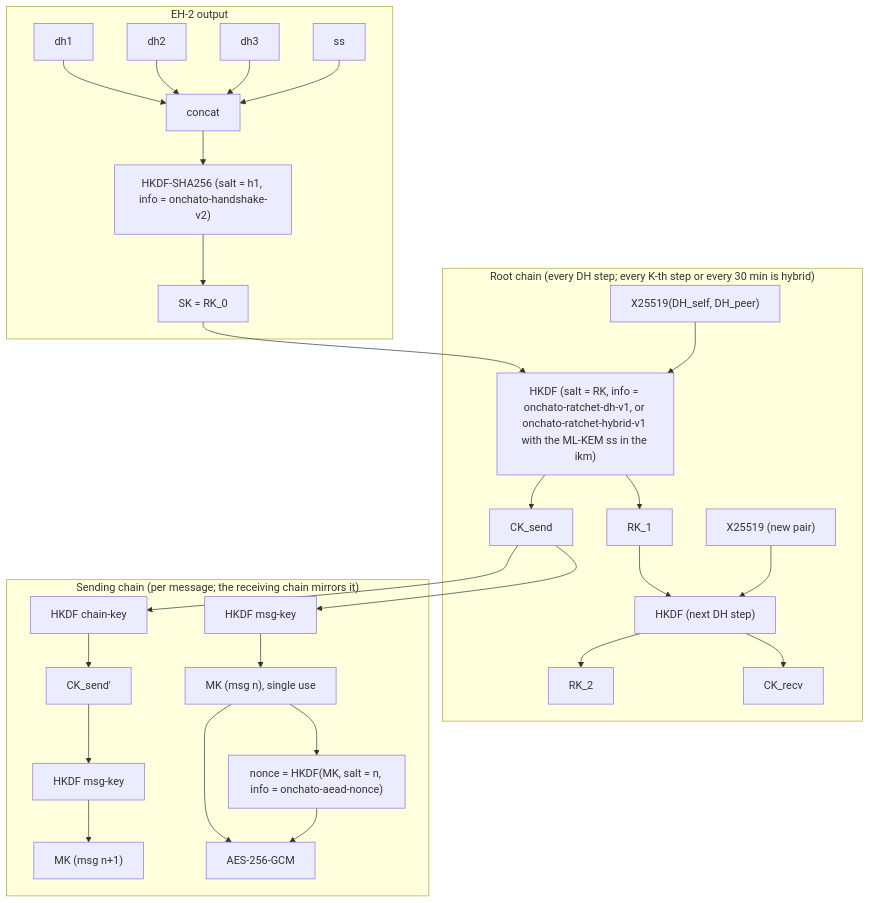
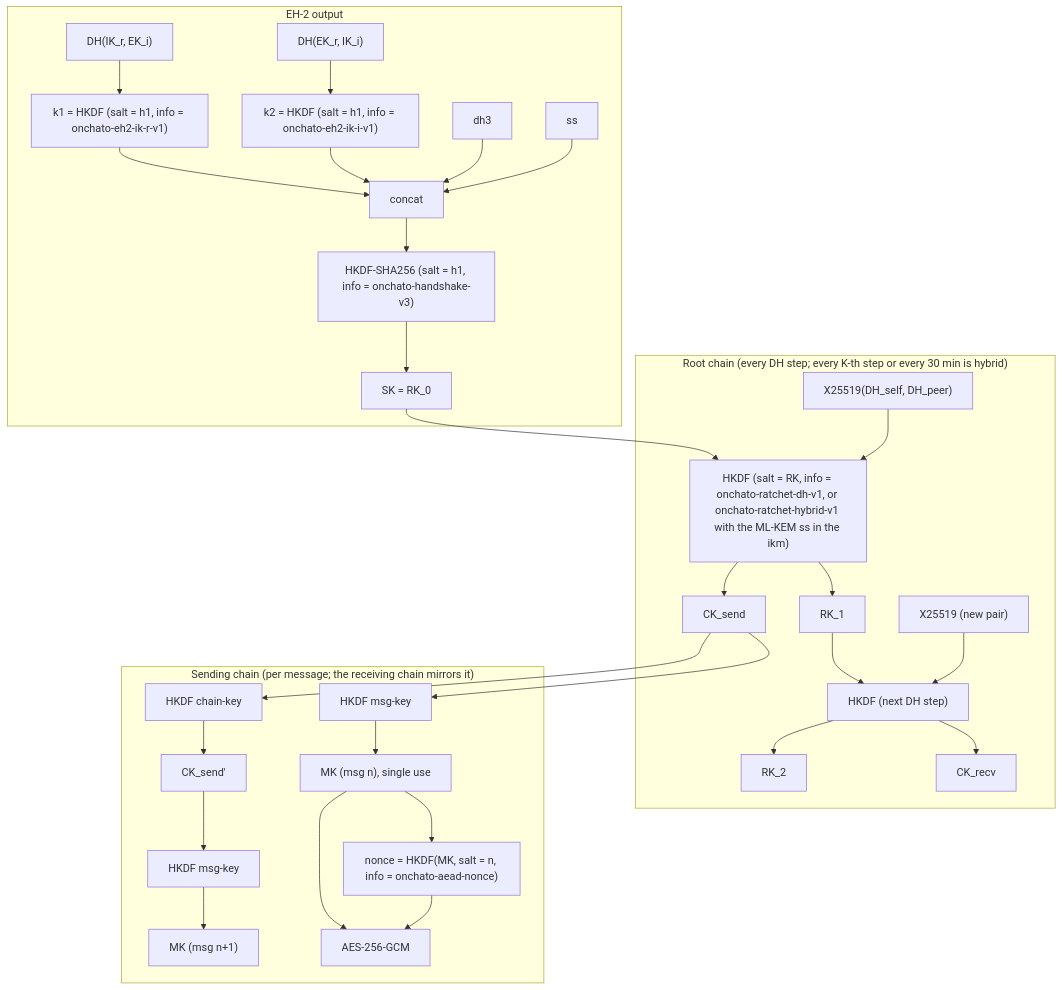
The third of 6 diagrams in docs/RATIONALE.md (encedo/encedo-chat), drawn with Mermaid before and after one commit. The commit also changed other lines of this file and 20 other files, not shown here.

````diff
--- a/docs/RATIONALE.md
+++ b/docs/RATIONALE.md
@@ -411,31 +411,33 @@
 ```mermaid
 flowchart TD
     subgraph EH2 ["EH-2 output"]
-        dh1 --> CAT[concat]
-        dh2 --> CAT
+        dh1["DH(IK_r, EK_i)"] --> KA["k1 = HKDF (salt = h1, info = onchato-eh2-ik-r-v1)"]
+        dh2["DH(EK_r, IK_i)"] --> KB["k2 = HKDF (salt = h1, info = onchato-eh2-ik-i-v1)"]
+        KA --> CAT[concat]
+        KB --> CAT
         dh3 --> CAT
         ss --> CAT
-        CAT --> K0["HKDF-SHA256 (salt = h1, info = onchato-handshake-v2)"]
+        CAT --> K0["HKDF-SHA256 (salt = h1, info = onchato-handshake-v3)"]
         K0 --> SK["SK = RK_0"]
     end
 
     subgraph ROOT ["Root chain (every DH step; every K-th step or every 30 min is hybrid)"]
         SK --> K1["HKDF (salt = RK, info = onchato-ratchet-dh-v1, or onchato-ratchet-hybrid-v1 with the ML-KEM ss in the ikm)"]
         DHa["X25519(DH_self, DH_peer)"] --> K1
         K1 --> RK1["RK_1"]
         K1 --> CKs["CK_send"]
         RK1 --> K2["HKDF (next DH step)"]
         DHb["X25519 (new pair)"] --> K2
         K2 --> RK2["RK_2"]
         K2 --> CKr["CK_recv"]
     end
 
     subgraph CHAIN ["Sending chain (per message; the receiving chain mirrors it)"]
         CKs --> M1["HKDF msg-key"] --> MK1["MK (msg n), single use"]
         CKs --> C1["HKDF chain-key"] --> CKs2["CK_send'"]
         CKs2 --> M2["HKDF msg-key"] --> MK2["MK (msg n+1)"]
         MK1 --> N1["nonce = HKDF(MK, salt = n, info = onchato-aead-nonce)"]
         MK1 --> AE1["AES-256-GCM"]
         N1 --> AE1
     end
 ```
````
